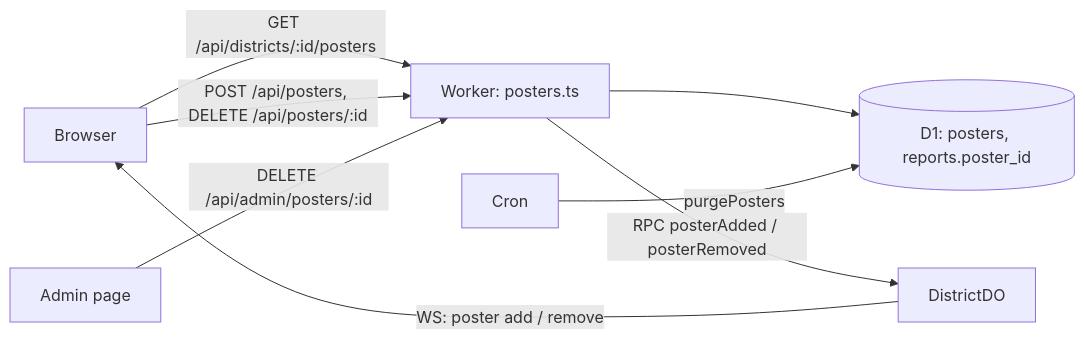
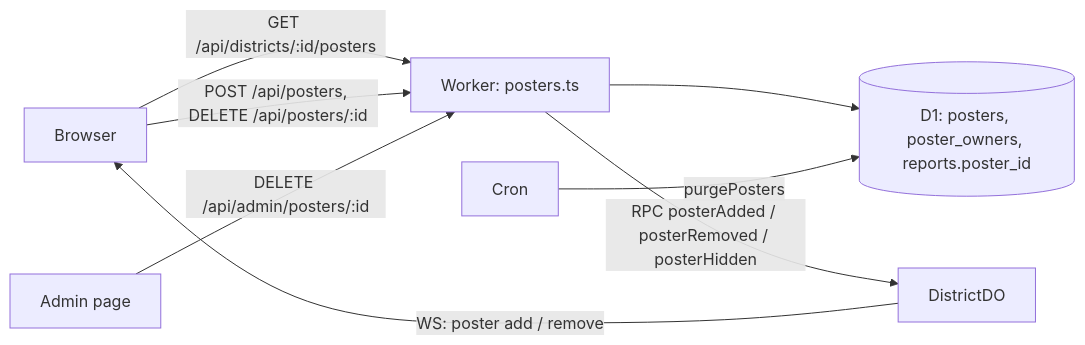
Before and after one commit to manishbisht/gulabi-gali: the fourth of 4 diagrams in docs/architecture.md, drawn with Mermaid. The commit also changed other lines of this file and 4 other files, not shown here.

First line of the commit message:
docs: posters' tombstones, block handles and the hidden-poster flow; the signed-in HUD fits a small phone

````diff
--- a/docs/architecture.md
+++ b/docs/architecture.md
@@ -379,10 +384,10 @@
 ```mermaid
 flowchart LR
   B["Browser"] -->|"GET /api/districts/:id/posters"| W["Worker: posters.ts"]
   B -->|"POST /api/posters, DELETE /api/posters/:id"| W
-  W --> D1[("D1: posters, reports.poster_id")]
-  W -->|"RPC posterAdded / posterRemoved"| DD["DistrictDO"]
+  W --> D1[("D1: posters, poster_owners, reports.poster_id")]
+  W -->|"RPC posterAdded / posterRemoved / posterHidden"| DD["DistrictDO"]
   DD -->|"WS: poster add / remove"| B
   A["Admin page"] -->|"DELETE /api/admin/posters/:id"| W
   C["Cron"] -->|"purgePosters"| D1
 ```
````
